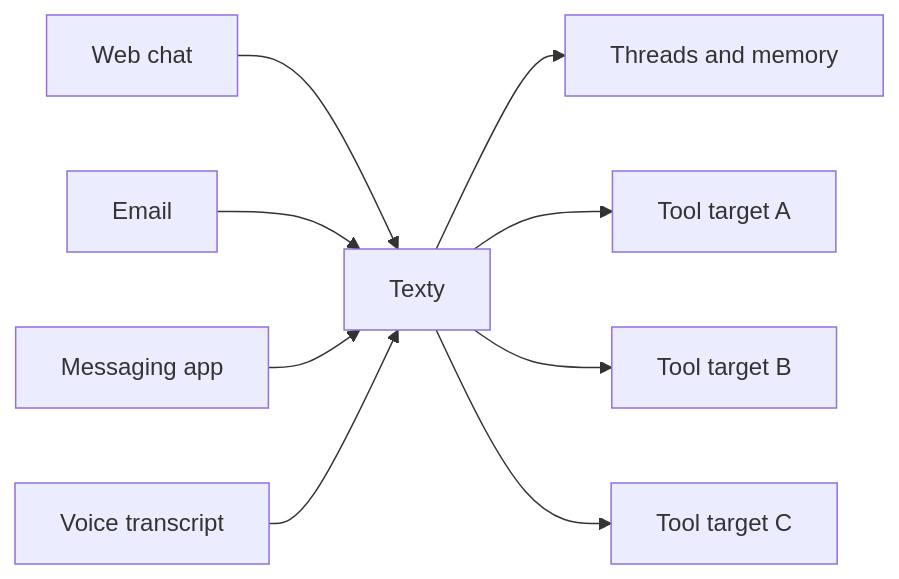
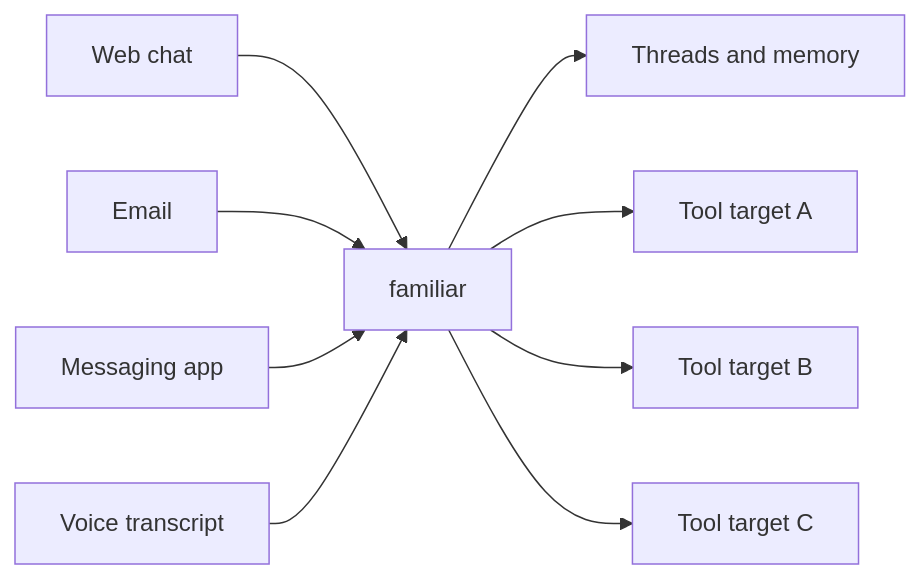
One commit to chrisvdm/familiar changed the diagram in README.md. Above: the diagram before and after it, drawn with Mermaid. The commit also changed other lines of this file and 22 other files, not shown here.

````diff
--- a/README.md
+++ b/README.md
@@ -104,11 +104,11 @@
 ```mermaid
 flowchart LR
-    A["Web chat"] --> T["Texty"]
+    A["Web chat"] --> T["familiar"]
     B["Email"] --> T
     C["Messaging app"] --> T
     D["Voice transcript"] --> T
     T --> M["Threads and memory"]
     T --> E1["Tool target A"]
     T --> E2["Tool target B"]
     T --> E3["Tool target C"]
 ```
````
